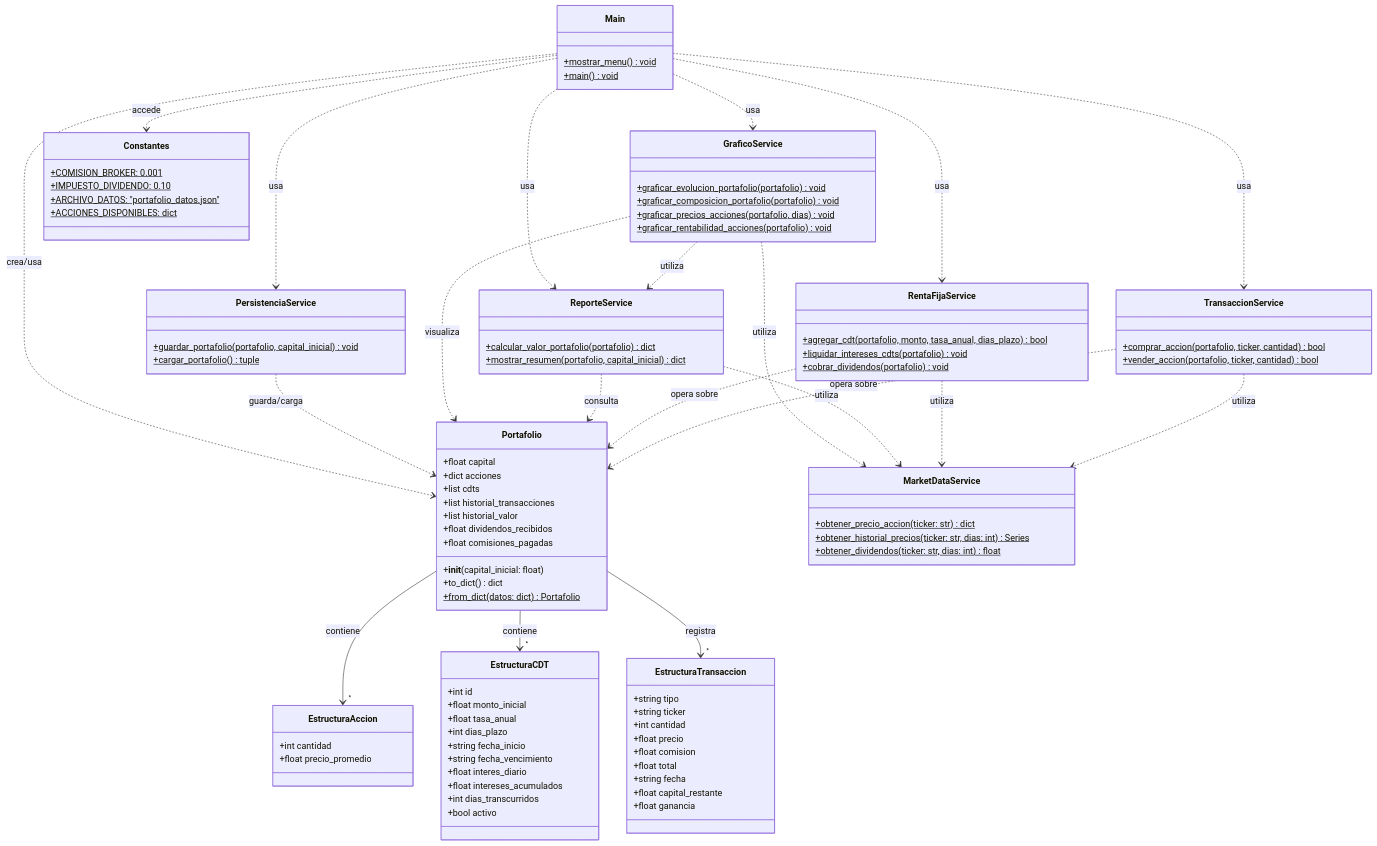
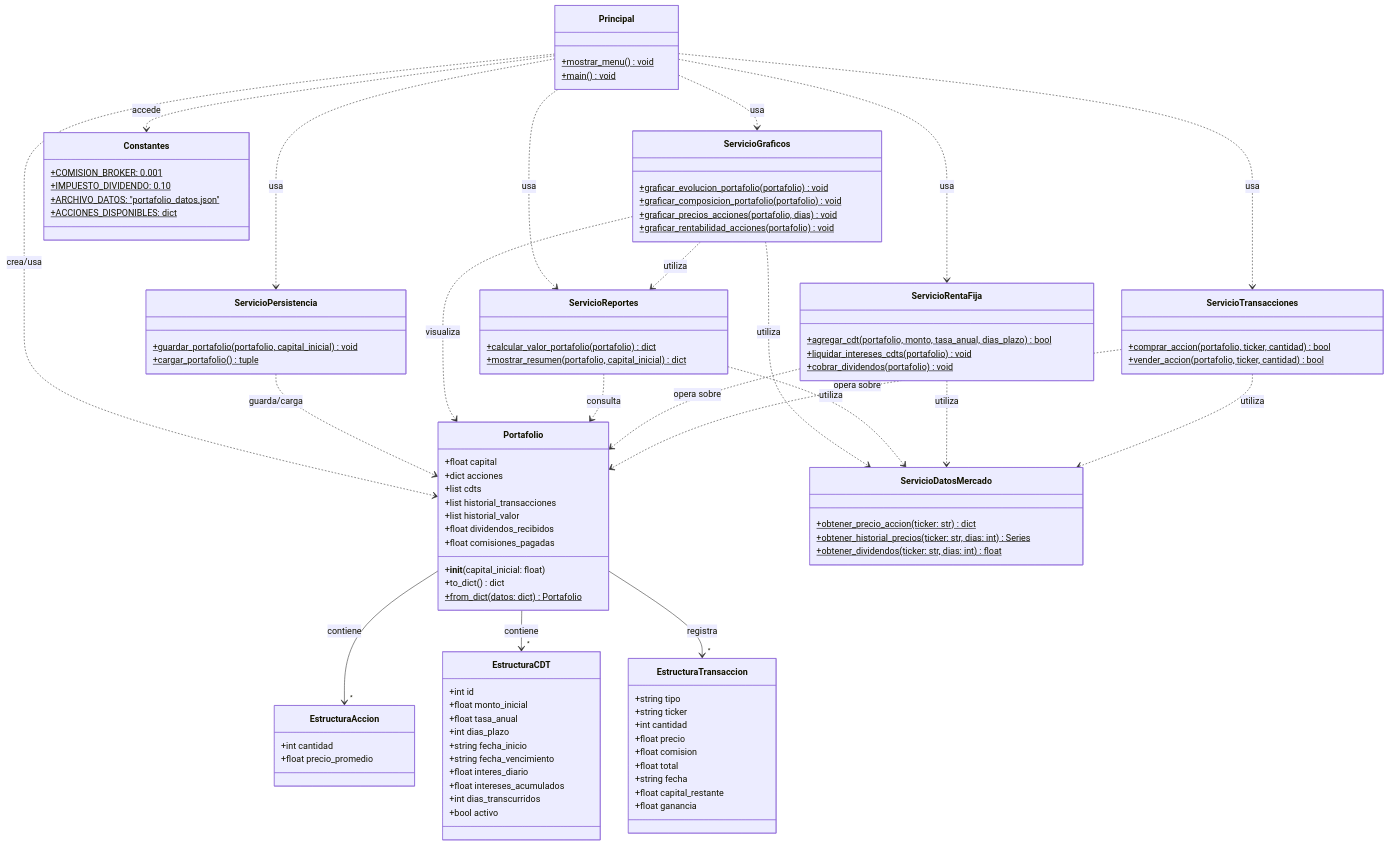
Before and after one commit to yechavarria17-commits/Inversionistas-so-adores: the first of 4 diagrams in diagrama_uml.md, drawn with Mermaid. The commit also changed other lines of this file and 4 other files, not shown here.

Commit message:
Translate all documentation and diagrams to Spanish and add compliance section

````diff
--- a/diagrama_uml.md
+++ b/diagrama_uml.md
@@ -50,41 +50,41 @@
     }
 
     %% ==================== SERVICIOS ====================
-    class MarketDataService {
+    class ServicioDatosMercado {
         +obtener_precio_accion(ticker: str) dict$
         +obtener_historial_precios(ticker: str, dias: int) Series$
         +obtener_dividendos(ticker: str, dias: int) float$
     }
 
-    class TransaccionService {
+    class ServicioTransacciones {
         +comprar_accion(portafolio, ticker, cantidad) bool$
         +vender_accion(portafolio, ticker, cantidad) bool$
     }
 
-    class RentaFijaService {
+    class ServicioRentaFija {
         +agregar_cdt(portafolio, monto, tasa_anual, dias_plazo) bool$
         +liquidar_intereses_cdts(portafolio) void$
         +cobrar_dividendos(portafolio) void$
     }
 
-    class ReporteService {
+    class ServicioReportes {
         +calcular_valor_portafolio(portafolio) dict$
         +mostrar_resumen(portafolio, capital_inicial) dict$
     }
 
-    class GraficoService {
+    class ServicioGraficos {
         +graficar_evolucion_portafolio(portafolio) void$
         +graficar_composicion_portafolio(portafolio) void$
         +graficar_precios_acciones(portafolio, dias) void$
         +graficar_rentabilidad_acciones(portafolio) void$
     }
 
-    class PersistenciaService {
+    class ServicioPersistencia {
         +guardar_portafolio(portafolio, capital_inicial) void$
         +cargar_portafolio() tuple$
     }
 
-    class Main {
+    class Principal {
         +mostrar_menu() void$
         +main() void$
     }
@@ -102,26 +102,26 @@
     Portafolio --> "*" EstructuraCDT : contiene
     Portafolio --> "*" EstructuraTransaccion : registra
 
-    TransaccionService ..> Portafolio : opera sobre
-    TransaccionService ..> MarketDataService : utiliza
+    ServicioTransacciones ..> Portafolio : opera sobre
+    ServicioTransacciones ..> ServicioDatosMercado : utiliza
 
-    RentaFijaService ..> Portafolio : opera sobre
-    RentaFijaService ..> MarketDataService : utiliza
+    ServicioRentaFija ..> Portafolio : opera sobre
+    ServicioRentaFija ..> ServicioDatosMercado : utiliza
 
-    ReporteService ..> Portafolio : consulta
-    ReporteService ..> MarketDataService : utiliza
+    ServicioReportes ..> Portafolio : consulta
+    ServicioReportes ..> ServicioDatosMercado : utiliza
 
-    GraficoService ..> Portafolio : visualiza
-    GraficoService ..> ReporteService : utiliza
-    GraficoService ..> MarketDataService : utiliza
+    ServicioGraficos ..> Portafolio : visualiza
+    ServicioGraficos ..> ServicioReportes : utiliza
+    ServicioGraficos ..> ServicioDatosMercado : utiliza
 
-    PersistenciaService ..> Portafolio : guarda/carga
+    ServicioPersistencia ..> Portafolio : guarda/carga
 
-    Main ..> Portafolio : crea/usa
-    Main ..> TransaccionService : usa
-    Main ..> RentaFijaService : usa
-    Main ..> ReporteService : usa
-    Main ..> GraficoService : usa
-    Main ..> PersistenciaService : usa
-    Main ..> Constantes : accede
+    Principal ..> Portafolio : crea/usa
+    Principal ..> ServicioTransacciones : usa
+    Principal ..> ServicioRentaFija : usa
+    Principal ..> ServicioReportes : usa
+    Principal ..> ServicioGraficos : usa
+    Principal ..> ServicioPersistencia : usa
+    Principal ..> Constantes : accede
 ```
````
